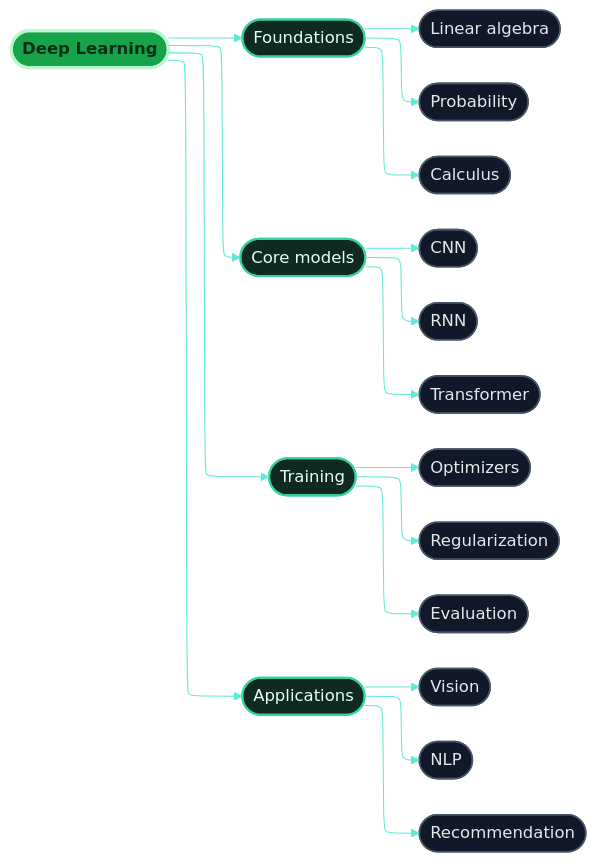
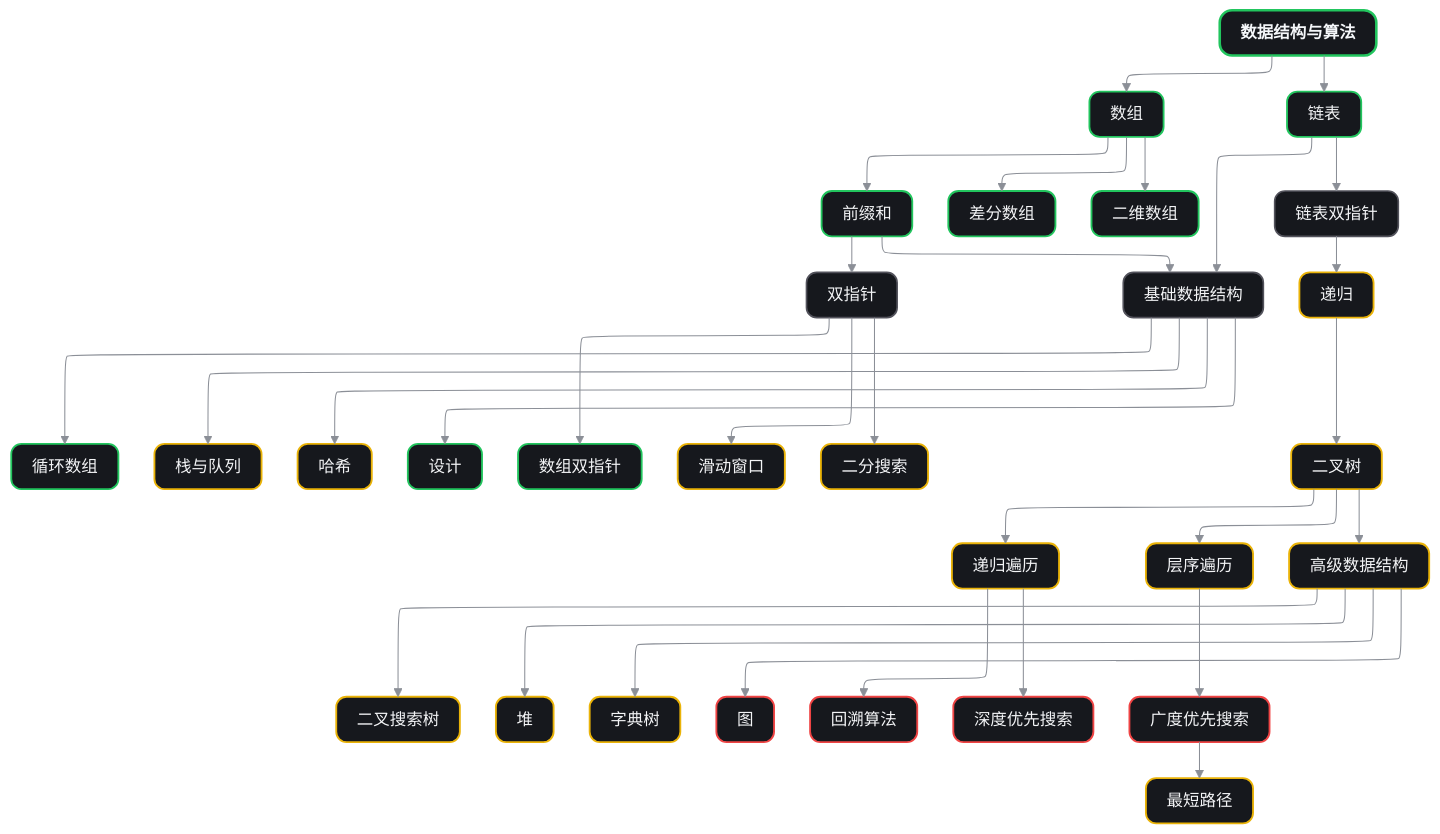
The diagram in essentials/mindmap.mdx (VectorPeak/docs), drawn with Mermaid before and after one commit. The commit also changed other lines of this file, not shown here.

Commit message:
Add roadmap MVP mindmap page

````diff
--- a/essentials/mindmap.mdx
+++ b/essentials/mindmap.mdx
@@ -11,52 +11,73 @@
 ```mermaid actions={false}
 %%{init: {
   "theme": "base",
   "themeVariables": {
-    "background": "#0b0f0d",
-    "primaryColor": "#0f172a",
-    "primaryTextColor": "#e5f7ee",
-    "primaryBorderColor": "#34d399",
-    "lineColor": "#5eead4",
-    "tertiaryColor": "#111827",
+    "background": "#0b0b0c",
+    "primaryColor": "#141416",
+    "primaryTextColor": "#f3f4f6",
+    "primaryBorderColor": "#2a2a30",
+    "lineColor": "#8b8f97",
+    "tertiaryColor": "#111214",
     "fontFamily": "ui-sans-serif, system-ui, sans-serif"
   },
   "flowchart": {
     "defaultRenderer": "elk",
     "curve": "basis",
-    "nodeSpacing": 36,
-    "rankSpacing": 68,
-    "padding": 12
+    "nodeSpacing": 28,
+    "rankSpacing": 54,
+    "padding": 10
   }
 }}%%
-flowchart LR
-    DL(["Deep Learning"])
+flowchart TB
+    ROOT["数据结构与算法"]
 
-    DL --> F(["Foundations"])
-    DL --> M(["Core models"])
-    DL --> T(["Training"])
-    DL --> A(["Applications"])
+    ROOT --> ARRAY["数组"]
+    ROOT --> LINKED["链表"]
 
-    F --> F1(["Linear algebra"])
-    F --> F2(["Probability"])
-    F --> F3(["Calculus"])
+    ARRAY --> PREFIX["前缀和"]
+    ARRAY --> DIFF["差分数组"]
+    ARRAY --> MATRIX["二维数组"]
 
-    M --> M1(["CNN"])
-    M --> M2(["RNN"])
-    M --> M3(["Transformer"])
+    PREFIX --> TWOPOINTER["双指针"]
+    PREFIX --> BASIC["基础数据结构"]
+    LINKED --> BASIC
+    LINKED --> FASTSLOW["链表双指针"]
 
-    T --> T1(["Optimizers"])
-    T --> T2(["Regularization"])
-    T --> T3(["Evaluation"])
+    BASIC --> CYCLE["循环数组"]
+    BASIC --> STACK["栈与队列"]
+    BASIC --> HASH["哈希"]
+    BASIC --> DESIGN["设计"]
 
-    A --> A1(["Vision"])
-    A --> A2(["NLP"])
-    A --> A3(["Recommendation"])
+    TWOPOINTER --> ARRAYPTR["数组双指针"]
+    TWOPOINTER --> WINDOW["滑动窗口"]
+    TWOPOINTER --> BSEARCH["二分搜索"]
 
-    classDef root fill:#16a34a,color:#052e16,stroke:#bbf7d0,stroke-width:3px,font-weight:bold,rx:18,ry:18;
-    classDef section fill:#0f2a22,color:#ecfdf5,stroke:#34d399,stroke-width:2px,rx:16,ry:16;
-    classDef leaf fill:#111827,color:#e5e7eb,stroke:#475569,stroke-width:1.5px,rx:14,ry:14;
+    FASTSLOW --> RECUR["递归"]
+    RECUR --> TREE["二叉树"]
 
-    class DL root;
-    class F,M,T,A section;
-    class F1,F2,F3,M1,M2,M3,T1,T2,T3,A1,A2,A3 leaf;
+    TREE --> TRAVERSE["递归遍历"]
+    TREE --> LEVEL["层序遍历"]
+    TREE --> ADVANCED["高级数据结构"]
+
+    ADVANCED --> BST["二叉搜索树"]
+    ADVANCED --> HEAP["堆"]
+    ADVANCED --> TRIE["字典树"]
+    ADVANCED --> GRAPH["图"]
+
+    TRAVERSE --> BACKTRACK["回溯算法"]
+    TRAVERSE --> DFS["深度优先搜索"]
+    LEVEL --> BFS["广度优先搜索"]
+    BFS --> PATH["最短路径"]
+
+    classDef root fill:#16181d,color:#f5f7fa,stroke:#22c55e,stroke-width:2.5px,font-weight:bold,rx:12,ry:12;
+    classDef done fill:#16181d,color:#f3f4f6,stroke:#22c55e,stroke-width:1.8px,rx:10,ry:10;
+    classDef progress fill:#16181d,color:#f3f4f6,stroke:#eab308,stroke-width:1.8px,rx:10,ry:10;
+    classDef todo fill:#16181d,color:#f3f4f6,stroke:#ef4444,stroke-width:1.8px,rx:10,ry:10;
+    classDef neutral fill:#16181d,color:#f3f4f6,stroke:#52525b,stroke-width:1.6px,rx:10,ry:10;
+
+    class ROOT root;
+    class ARRAY,LINKED,PREFIX,DIFF,MATRIX,CYCLE,DESIGN,ARRAYPTR done;
+    class STACK,HASH,WINDOW,BSEARCH,RECUR,TREE,TRAVERSE,LEVEL,ADVANCED,BST,HEAP,TRIE,PATH progress;
+    class GRAPH,BACKTRACK,DFS,BFS todo;
+    class BASIC,TWOPOINTER,FASTSLOW neutral;
 ```
````
